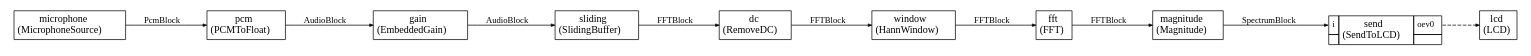
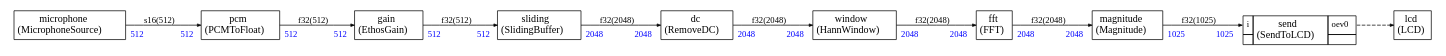
Before and after one commit to christophe0606/EthosCatalog: the diagram in projects/template_mram/generated/app.dot, drawn with Graphviz. The commit also changed 40 other files, not shown here.

Commit message:
Switch to sample based CMSIS Stream graph

```diff
--- a/projects/template_mram/generated/app.dot
+++ b/projects/template_mram/generated/app.dot
@@ -1,133 +1,149 @@
 
 
 
 
 
 
 digraph structs {
     bgcolor = "white"
     node [shape=plaintext,color="black",fontcolor="black",fontname="Times-Roman"]
     rankdir=LR
     edge [arrowsize="0.5",color="black",fontcolor="black",fontname="Times-Roman"]
 
 
 dc [label=<
 <TABLE color="black" bgcolor="none" BORDER="0" CELLBORDER="1" CELLSPACING="0" CELLPADDING="4">
   <TR>
     <TD ALIGN="CENTER" PORT="i"><FONT COLOR="black" POINT-SIZE="14.0">dc<BR/>(RemoveDC)</FONT></TD>
   </TR>
 </TABLE>>];
 
 fft [label=<
 <TABLE color="black" bgcolor="none" BORDER="0" CELLBORDER="1" CELLSPACING="0" CELLPADDING="4">
   <TR>
     <TD ALIGN="CENTER" PORT="i"><FONT COLOR="black" POINT-SIZE="14.0">fft<BR/>(FFT)</FONT></TD>
   </TR>
 </TABLE>>];
 
 gain [label=<
 <TABLE color="black" bgcolor="none" BORDER="0" CELLBORDER="1" CELLSPACING="0" CELLPADDING="4">
   <TR>
-    <TD ALIGN="CENTER" PORT="i"><FONT COLOR="black" POINT-SIZE="14.0">gain<BR/>(EmbeddedGain)</FONT></TD>
+    <TD ALIGN="CENTER" PORT="i"><FONT COLOR="black" POINT-SIZE="14.0">gain<BR/>(EthosGain)</FONT></TD>
   </TR>
 </TABLE>>];
 
 magnitude [label=<
 <TABLE color="black" bgcolor="none" BORDER="0" CELLBORDER="1" CELLSPACING="0" CELLPADDING="4">
   <TR>
     <TD ALIGN="CENTER" PORT="i"><FONT COLOR="black" POINT-SIZE="14.0">magnitude<BR/>(Magnitude)</FONT></TD>
   </TR>
 </TABLE>>];
 
 microphone [label=<
 <TABLE color="black" bgcolor="none" BORDER="0" CELLBORDER="1" CELLSPACING="0" CELLPADDING="4">
   <TR>
     <TD ALIGN="CENTER" PORT="i"><FONT COLOR="black" POINT-SIZE="14.0">microphone<BR/>(MicrophoneSource)</FONT></TD>
   </TR>
 </TABLE>>];
 
 pcm [label=<
 <TABLE color="black" bgcolor="none" BORDER="0" CELLBORDER="1" CELLSPACING="0" CELLPADDING="4">
   <TR>
     <TD ALIGN="CENTER" PORT="i"><FONT COLOR="black" POINT-SIZE="14.0">pcm<BR/>(PCMToFloat)</FONT></TD>
   </TR>
 </TABLE>>];
 
 
 send [label=<
 <TABLE color="black" bgcolor="none" BORDER="0" CELLBORDER="1" CELLSPACING="0" CELLPADDING="4">
   <TR>
     <TD PORT="i"><FONT POINT-SIZE="12.0" COLOR="black">i</FONT></TD>
     <TD ALIGN="CENTER" ROWSPAN="2"><FONT COLOR="black" POINT-SIZE="14.0">send<BR/>(SendToLCD)</FONT></TD>
     <TD PORT="oev0"><FONT POINT-SIZE="12.0" COLOR="black">oev0</FONT></TD>
   </TR>
 <TR>
  
 <TD></TD>
  
 <TD></TD></TR>
 
 </TABLE>>];
 
 sliding [label=<
 <TABLE color="black" bgcolor="none" BORDER="0" CELLBORDER="1" CELLSPACING="0" CELLPADDING="4">
   <TR>
     <TD ALIGN="CENTER" PORT="i"><FONT COLOR="black" POINT-SIZE="14.0">sliding<BR/>(SlidingBuffer)</FONT></TD>
   </TR>
 </TABLE>>];
 
 window [label=<
 <TABLE color="black" bgcolor="none" BORDER="0" CELLBORDER="1" CELLSPACING="0" CELLPADDING="4">
   <TR>
     <TD ALIGN="CENTER" PORT="i"><FONT COLOR="black" POINT-SIZE="14.0">window<BR/>(HannWindow)</FONT></TD>
   </TR>
 </TABLE>>];
 
 lcd [label=<
 <TABLE color="black" bgcolor="none" BORDER="0" CELLBORDER="1" CELLSPACING="0" CELLPADDING="4">
   <TR>
     <TD ALIGN="CENTER" PORT="i"><FONT COLOR="black" POINT-SIZE="14.0">lcd<BR/>(LCD)</FONT></TD>
   </TR>
 </TABLE>>];
 
 
 
-microphone:i -> pcm:i [style="solid",color="black",fontsize="12.0",fontcolor="black",label=<PcmBlock>
+microphone:i -> pcm:i [style="solid",color="black",fontsize="12.0",fontcolor="black",label=<s16(512)>
+,headlabel=<<TABLE BORDER="0" CELLPADDING="4"><TR><TD><FONT COLOR="blue" POINT-SIZE="12.0" >512</FONT>
+</TD></TR></TABLE>>
+,taillabel=<<TABLE BORDER="0" CELLPADDING="4"><TR><TD><FONT COLOR="blue" POINT-SIZE="12.0" >512</FONT>
+</TD></TR></TABLE>>]
 
-]
+pcm:i -> gain:i [style="solid",color="black",fontsize="12.0",fontcolor="black",label=<f32(512)>
+,headlabel=<<TABLE BORDER="0" CELLPADDING="4"><TR><TD><FONT COLOR="blue" POINT-SIZE="12.0" >512</FONT>
+</TD></TR></TABLE>>
+,taillabel=<<TABLE BORDER="0" CELLPADDING="4"><TR><TD><FONT COLOR="blue" POINT-SIZE="12.0" >512</FONT>
+</TD></TR></TABLE>>]
 
-pcm:i -> gain:i [style="solid",color="black",fontsize="12.0",fontcolor="black",label=<AudioBlock>
+gain:i -> sliding:i [style="solid",color="black",fontsize="12.0",fontcolor="black",label=<f32(512)>
+,headlabel=<<TABLE BORDER="0" CELLPADDING="4"><TR><TD><FONT COLOR="blue" POINT-SIZE="12.0" >512</FONT>
+</TD></TR></TABLE>>
+,taillabel=<<TABLE BORDER="0" CELLPADDING="4"><TR><TD><FONT COLOR="blue" POINT-SIZE="12.0" >512</FONT>
+</TD></TR></TABLE>>]
 
-]
+sliding:i -> dc:i [style="solid",color="black",fontsize="12.0",fontcolor="black",label=<f32(2048)>
+,headlabel=<<TABLE BORDER="0" CELLPADDING="4"><TR><TD><FONT COLOR="blue" POINT-SIZE="12.0" >2048</FONT>
+</TD></TR></TABLE>>
+,taillabel=<<TABLE BORDER="0" CELLPADDING="4"><TR><TD><FONT COLOR="blue" POINT-SIZE="12.0" >2048</FONT>
+</TD></TR></TABLE>>]
 
-gain:i -> sliding:i [style="solid",color="black",fontsize="12.0",fontcolor="black",label=<AudioBlock>
+dc:i -> window:i [style="solid",color="black",fontsize="12.0",fontcolor="black",label=<f32(2048)>
+,headlabel=<<TABLE BORDER="0" CELLPADDING="4"><TR><TD><FONT COLOR="blue" POINT-SIZE="12.0" >2048</FONT>
+</TD></TR></TABLE>>
+,taillabel=<<TABLE BORDER="0" CELLPADDING="4"><TR><TD><FONT COLOR="blue" POINT-SIZE="12.0" >2048</FONT>
+</TD></TR></TABLE>>]
 
-]
+window:i -> fft:i [style="solid",color="black",fontsize="12.0",fontcolor="black",label=<f32(2048)>
+,headlabel=<<TABLE BORDER="0" CELLPADDING="4"><TR><TD><FONT COLOR="blue" POINT-SIZE="12.0" >2048</FONT>
+</TD></TR></TABLE>>
+,taillabel=<<TABLE BORDER="0" CELLPADDING="4"><TR><TD><FONT COLOR="blue" POINT-SIZE="12.0" >2048</FONT>
+</TD></TR></TABLE>>]
 
-sliding:i -> dc:i [style="solid",color="black",fontsize="12.0",fontcolor="black",label=<FFTBlock>
+fft:i -> magnitude:i [style="solid",color="black",fontsize="12.0",fontcolor="black",label=<f32(2048)>
+,headlabel=<<TABLE BORDER="0" CELLPADDING="4"><TR><TD><FONT COLOR="blue" POINT-SIZE="12.0" >2048</FONT>
+</TD></TR></TABLE>>
+,taillabel=<<TABLE BORDER="0" CELLPADDING="4"><TR><TD><FONT COLOR="blue" POINT-SIZE="12.0" >2048</FONT>
+</TD></TR></TABLE>>]
 
-]
-
-dc:i -> window:i [style="solid",color="black",fontsize="12.0",fontcolor="black",label=<FFTBlock>
-
-]
-
-window:i -> fft:i [style="solid",color="black",fontsize="12.0",fontcolor="black",label=<FFTBlock>
-
-]
-
-fft:i -> magnitude:i [style="solid",color="black",fontsize="12.0",fontcolor="black",label=<FFTBlock>
-
-]
-
-magnitude:i -> send:i [style="solid",color="black",fontsize="12.0",fontcolor="black",label=<SpectrumBlock>
-
-]
+magnitude:i -> send:i [style="solid",color="black",fontsize="12.0",fontcolor="black",label=<f32(1025)>
+,headlabel=<<TABLE BORDER="0" CELLPADDING="4"><TR><TD><FONT COLOR="blue" POINT-SIZE="12.0" >1025</FONT>
+</TD></TR></TABLE>>
+,taillabel=<<TABLE BORDER="0" CELLPADDING="4"><TR><TD><FONT COLOR="blue" POINT-SIZE="12.0" >1025</FONT>
+</TD></TR></TABLE>>]
 
 
 
 send:oev0 -> lcd:i [style="dashed",color="black",fontsize="12.0",fontcolor="black",label=<>
 
 ]
 
 }
```
